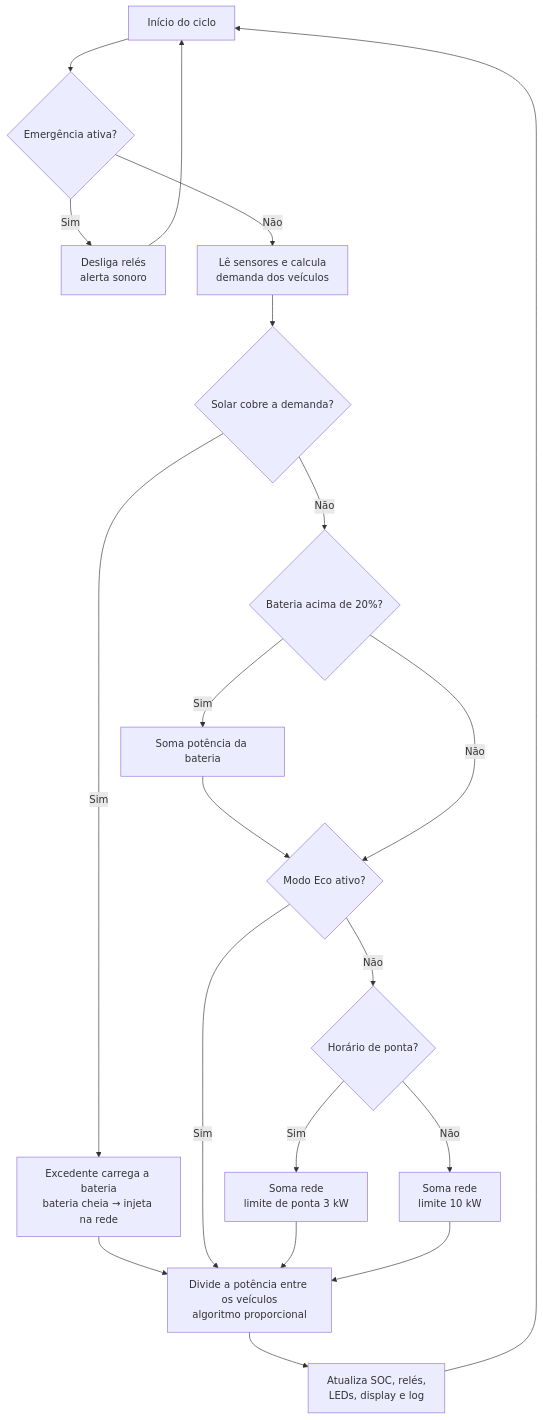
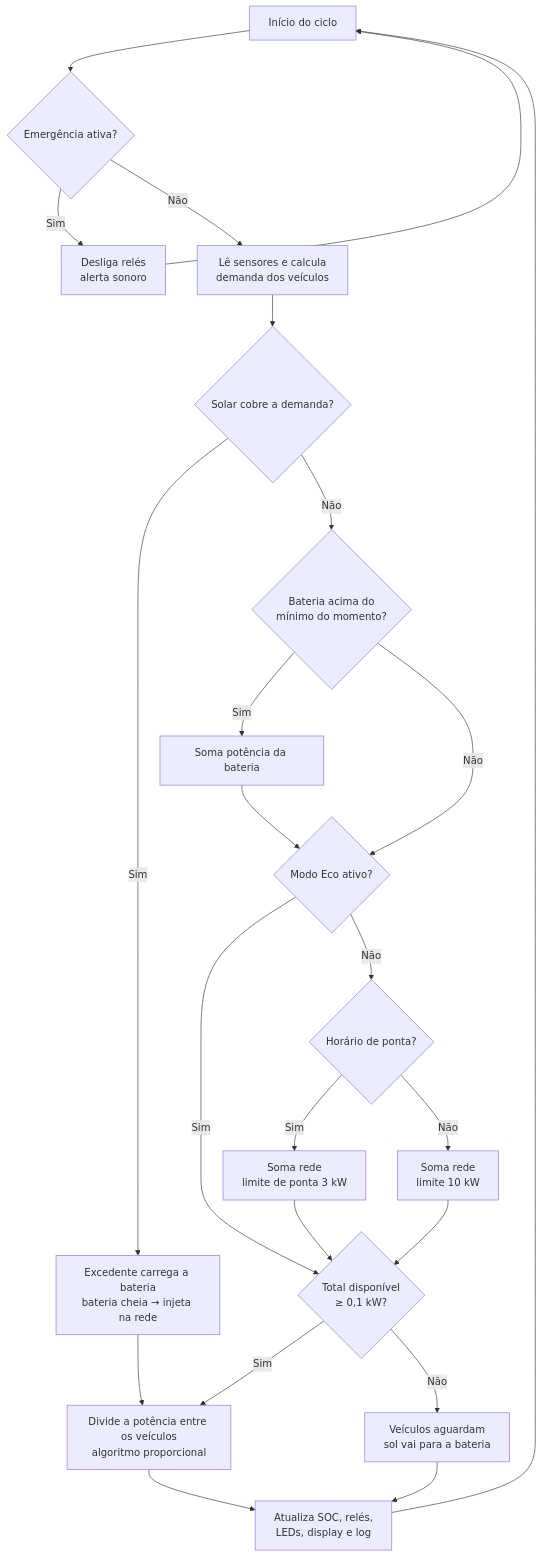
The third of 4 diagrams in docs/arquitetura.md (GustavoBitencourtLopes/sprint4-goodwe-solarflow), drawn with Mermaid before and after one commit. The commit also changed other lines of this file and 18 other files, not shown here.

````diff
--- a/docs/arquitetura.md
+++ b/docs/arquitetura.md
@@ -163,16 +169,18 @@
 ```mermaid
 flowchart TD
     A["Início do ciclo"] --> B{"Emergência ativa?"}
     B -- Sim --> Z["Desliga relés<br/>alerta sonoro"] --> A
     B -- Não --> C["Lê sensores e calcula<br/>demanda dos veículos"]
     C --> D{"Solar cobre a demanda?"}
     D -- Sim --> X["Excedente carrega a bateria<br/>bateria cheia → injeta na rede"] --> I
-    D -- Não --> F{"Bateria acima de 20%?"}
+    D -- Não --> F{"Bateria acima do<br/>mínimo do momento?"}
     F -- Sim --> G["Soma potência da bateria"] --> H
     F -- Não --> H{"Modo Eco ativo?"}
-    H -- Sim --> I
+    H -- Sim --> N
     H -- Não --> K{"Horário de ponta?"}
-    K -- Sim --> L["Soma rede<br/>limite de ponta 3 kW"] --> I
-    K -- Não --> M["Soma rede<br/>limite 10 kW"] --> I
+    K -- Sim --> L["Soma rede<br/>limite de ponta 3 kW"] --> N
+    K -- Não --> M["Soma rede<br/>limite 10 kW"] --> N
+    N{"Total disponível<br/>≥ 0,1 kW?"} -- Sim --> I
+    N -- Não --> W["Veículos aguardam<br/>sol vai para a bateria"] --> J
     I["Divide a potência entre os veículos<br/>algoritmo proporcional"] --> J["Atualiza SOC, relés,<br/>LEDs, display e log"] --> A
 ```
````
